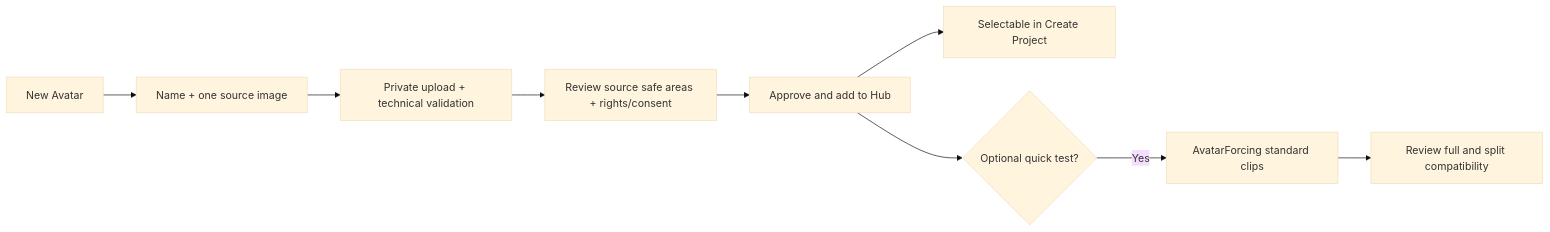
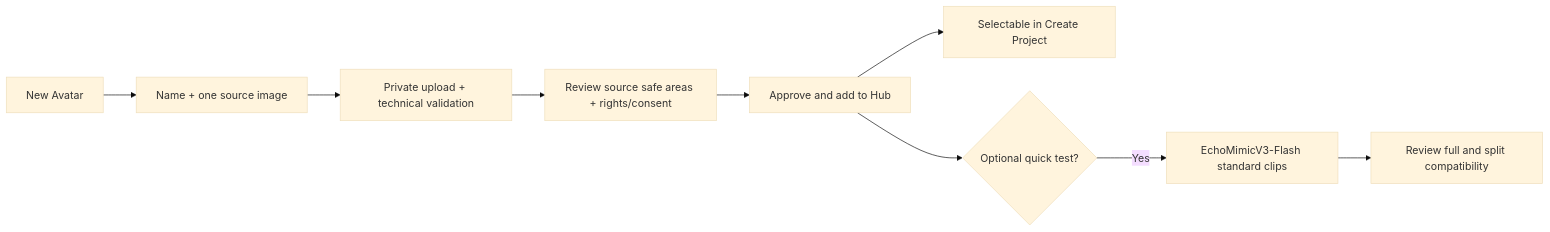
One commit to Pala-LakshmanSai/videoforge changed the diagram in project-context/20_AVATAR_HUB.md. Above: the diagram before and after it, drawn with Mermaid (base theme). The commit also changed other lines of this file and 18 other files, not shown here.

Commit message:
docs(avatar): select EchoMimicV3 Flash

````diff
--- a/project-context/20_AVATAR_HUB.md
+++ b/project-context/20_AVATAR_HUB.md
@@ -68,11 +68,11 @@
 ```mermaid
 flowchart LR
     A["New Avatar"] --> B["Name + one source image"]
     B --> C["Private upload + technical validation"]
     C --> D["Review source safe areas + rights/consent"]
     D --> E["Approve and add to Hub"]
     E --> F["Selectable in Create Project"]
     E --> G{"Optional quick test?"}
-    G -- "Yes" --> H["AvatarForcing standard clips"]
+    G -- "Yes" --> H["EchoMimicV3-Flash standard clips"]
     H --> I["Review full and split compatibility"]
 ```
````
